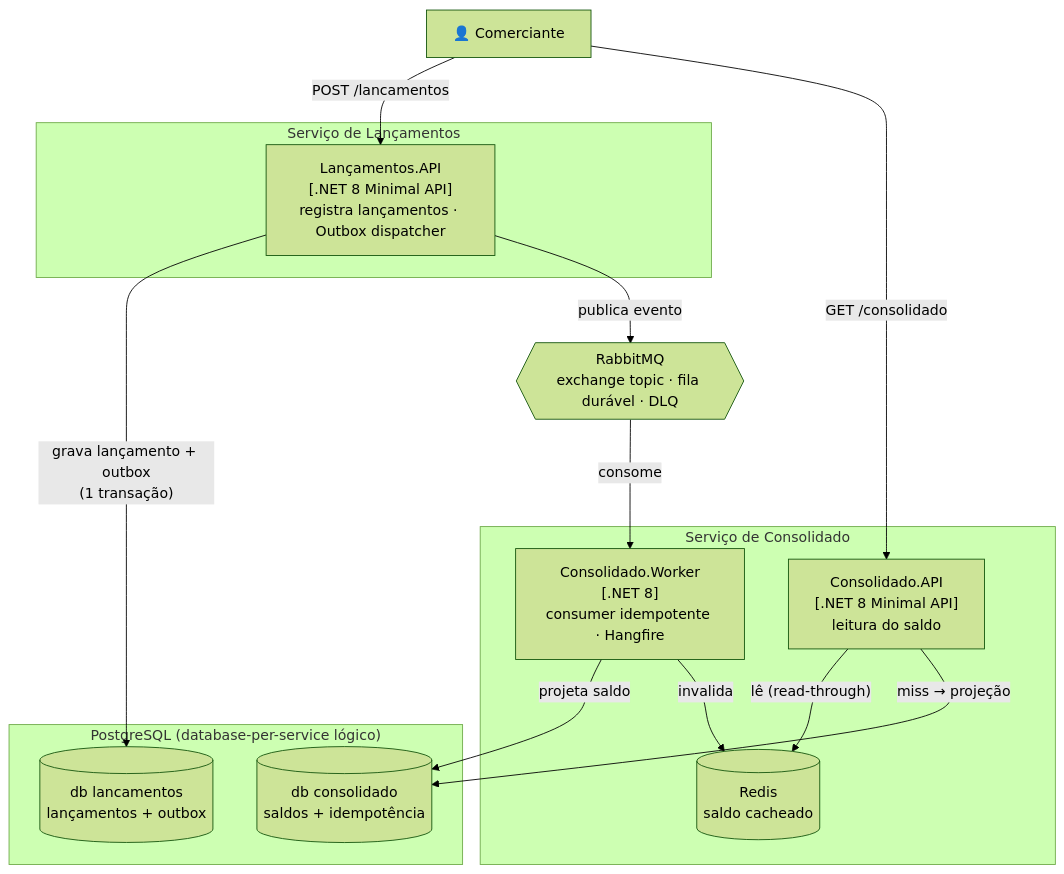
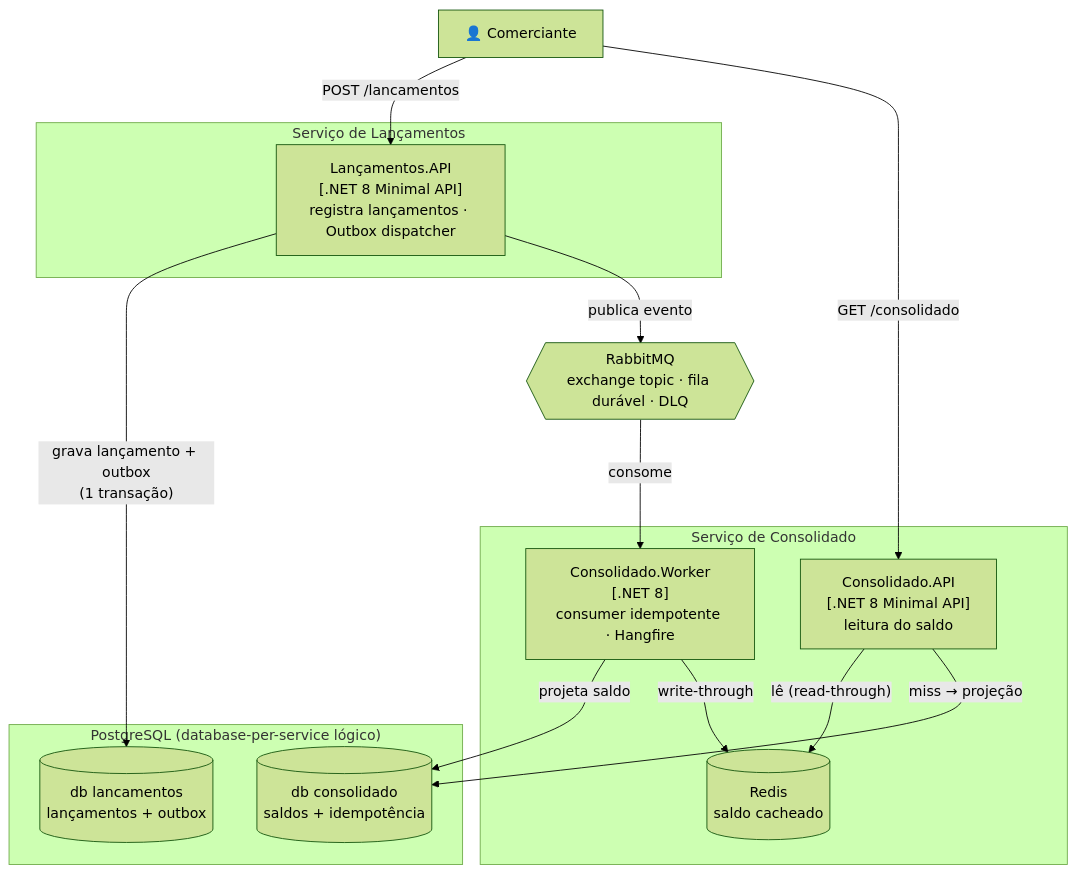
The second of 6 diagrams in docs/architecture.md (codingwithrenato/desafio-arquiteto-fluxo-de-caixa), drawn with Mermaid (forest theme) before and after one commit. The commit also changed 7 other files, not shown here.

````diff
--- a/docs/architecture.md
+++ b/docs/architecture.md
@@ -40,31 +40,31 @@
 ```mermaid
 flowchart TB
     cliente["👤 Comerciante"]
 
     subgraph svcLanc["Serviço de Lançamentos"]
         apiL["Lançamentos.API<br/>[.NET 8 Minimal API]<br/>registra lançamentos · Outbox dispatcher"]
     end
 
     broker{{"RabbitMQ<br/>exchange topic · fila durável · DLQ"}}
 
     subgraph svcCons["Serviço de Consolidado"]
         worker["Consolidado.Worker<br/>[.NET 8]<br/>consumer idempotente · Hangfire"]
         apiC["Consolidado.API<br/>[.NET 8 Minimal API]<br/>leitura do saldo"]
         cache[("Redis<br/>saldo cacheado")]
     end
 
     subgraph pg["PostgreSQL (database-per-service lógico)"]
         dbL[("db lancamentos<br/>lançamentos + outbox")]
         dbC[("db consolidado<br/>saldos + idempotência")]
     end
 
     cliente -->|"POST /lancamentos"| apiL
     cliente -->|"GET /consolidado"| apiC
     apiL -->|"grava lançamento + outbox<br/>(1 transação)"| dbL
     apiL -->|"publica evento"| broker
     broker -->|"consome"| worker
     worker -->|"projeta saldo"| dbC
-    worker -->|"invalida"| cache
+    worker -->|"write-through"| cache
     apiC -->|"lê (read-through)"| cache
     apiC -->|"miss → projeção"| dbC
 ```
````
